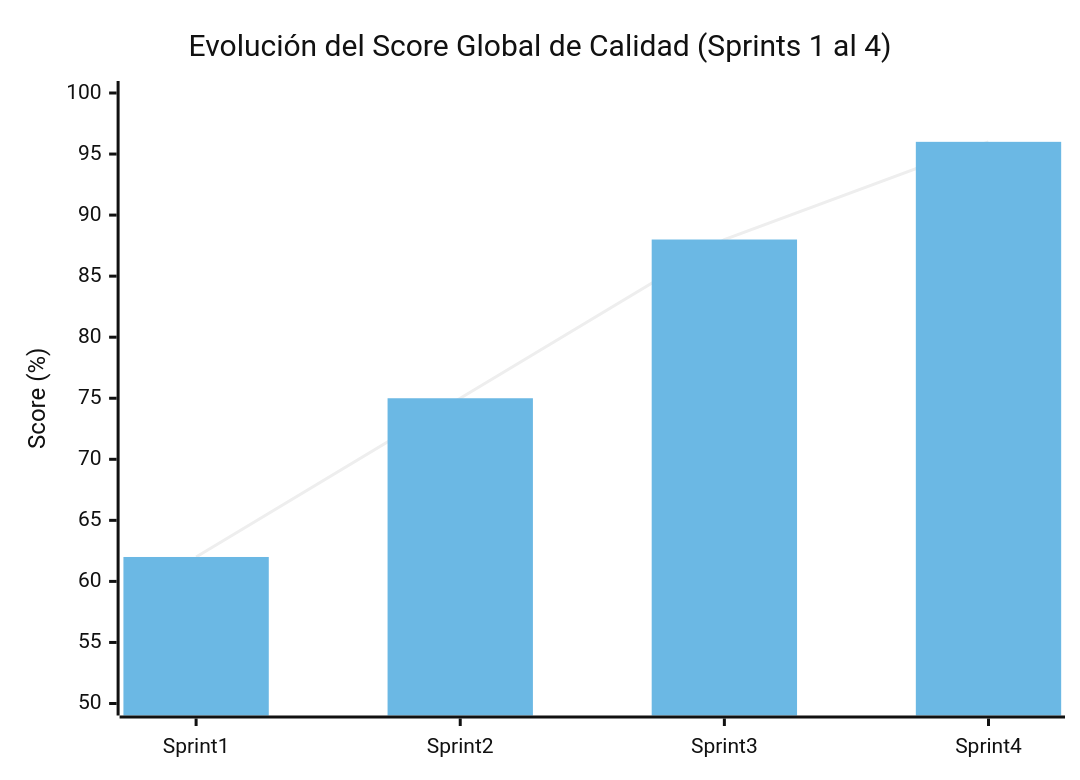
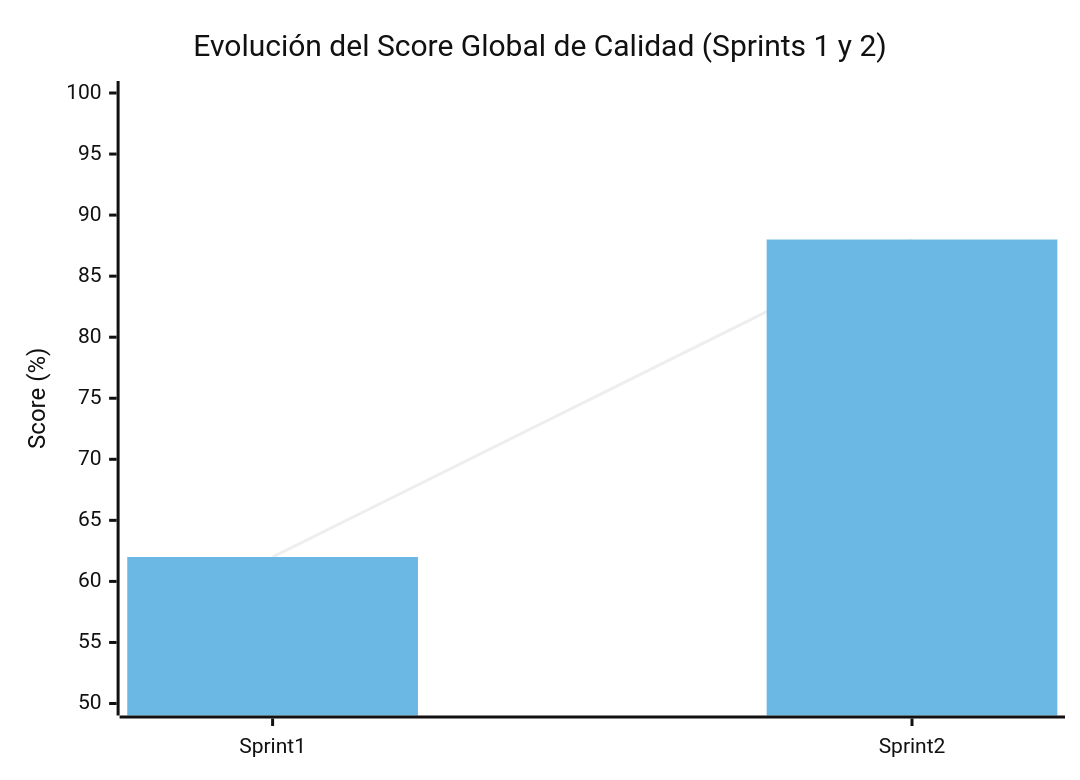
Before and after one commit to CrhissJMC/TodoPoderoso-TMS: the second of 9 diagrams in KPIS_POR_INCREMENTO.md, drawn with Mermaid (neutral theme). The commit also changed other lines of this file, not shown here.

Commit message:
docs: adjust charts to display 2 sprints instead of 4

````diff
--- a/KPIS_POR_INCREMENTO.md
+++ b/KPIS_POR_INCREMENTO.md
@@ -65,8 +65,8 @@
    ```mermaid
    xychart-beta
-       title "Evolución del Score Global de Calidad (Sprints 1 al 4)"
-       x-axis [Sprint 1, Sprint 2, Sprint 3, Sprint 4]
+       title "Evolución del Score Global de Calidad (Sprints 1 y 2)"
+       x-axis [Sprint 1, Sprint 2]
        y-axis "Score (%)" 50 --> 100
-       line [62, 75, 88, 96]
-       bar [62, 75, 88, 96]
+       line [62, 88]
+       bar [62, 88]
    ```
````
